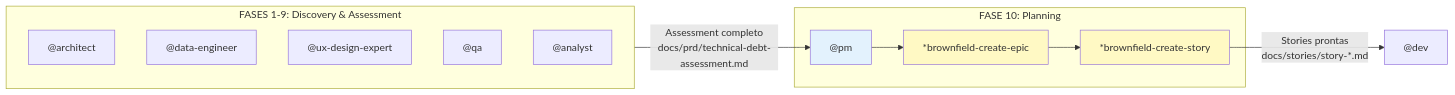
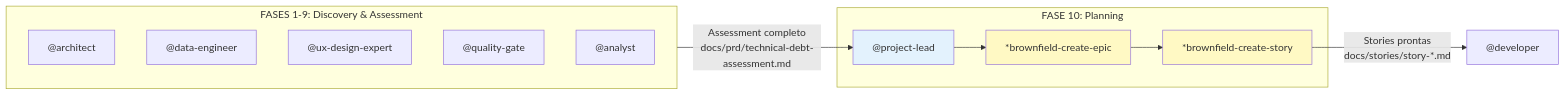
Before and after one commit to caioimori/sinapse-ai: the eighth of 8 diagrams in docs/guides/agents/PM-SYSTEM.md, drawn with Mermaid. The commit also changed other lines of this file and 873 other files, not shown here.

````diff
--- a/docs/guides/agents/PM-SYSTEM.md
+++ b/docs/guides/agents/PM-SYSTEM.md
@@ -514,25 +514,25 @@
 ```mermaid
 flowchart LR
     subgraph PHASE_1_9["FASES 1-9: Discovery & Assessment"]
         ARCH["@architect"]
         DATA["@data-engineer"]
         UX["@ux-design-expert"]
-        QA["@qa"]
+        QA["@quality-gate"]
         ANALYST["@analyst"]
     end
 
     subgraph PHASE_10["FASE 10: Planning"]
-        PM["@pm"]
+        PM["@project-lead"]
         EPIC["*brownfield-create-epic"]
         STORY["*brownfield-create-story"]
     end
 
     PHASE_1_9 -->|"Assessment completo<br/>docs/prd/technical-debt-assessment.md"| PM
     PM --> EPIC
     EPIC --> STORY
-    STORY -->|"Stories prontas<br/>docs/stories/story-*.md"| DEV["@dev"]
+    STORY -->|"Stories prontas<br/>docs/stories/story-*.md"| DEV["@developer"]
 
     style PM fill:#e3f2fd
     style EPIC fill:#fff9c4
     style STORY fill:#fff9c4
 ```
````
